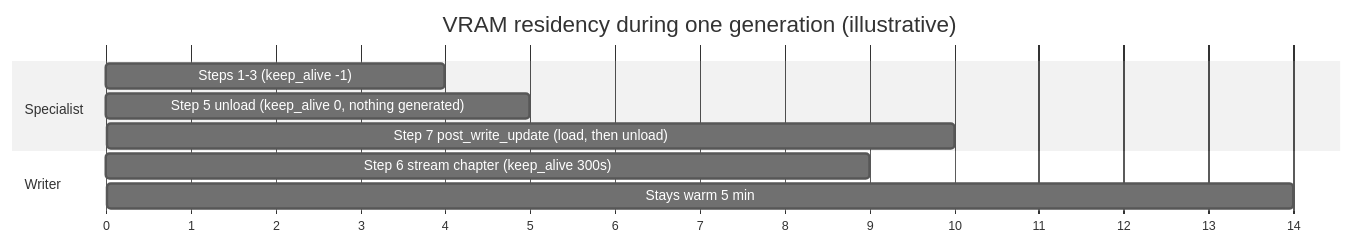
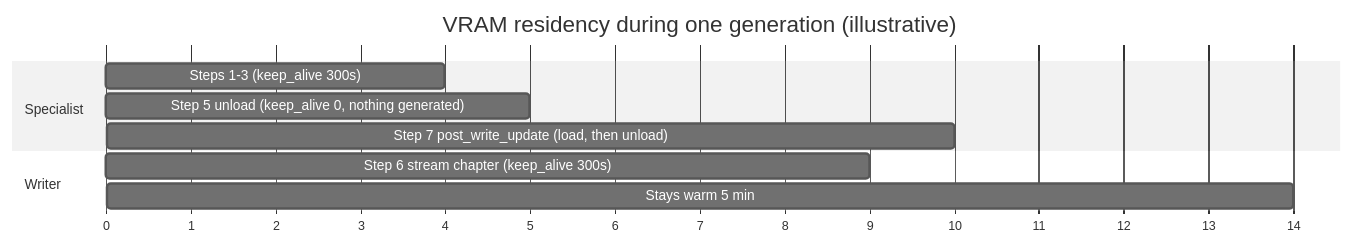
Before and after one commit to Tejasva-Maurya/AI_Writer: the third of 3 diagrams in docs/technical/01-overview-and-architecture.md, drawn with Mermaid (neutral theme). The commit also changed other lines of this file and 17 other files, not shown here.

````diff
--- a/docs/technical/01-overview-and-architecture.md
+++ b/docs/technical/01-overview-and-architecture.md
@@ -146,13 +146,13 @@
 ```mermaid
 gantt
     dateFormat X
     axisFormat %s
     title VRAM residency during one generation (illustrative)
     section Specialist
-    Steps 1-3 (keep_alive -1)        :a1, 0, 4
+    Steps 1-3 (keep_alive 300s)      :a1, 0, 4
     Step 5 unload (keep_alive 0, nothing generated) :a2, 4, 5
     Step 7 post_write_update (load, then unload)  :a3, 9, 10
     section Writer
     Step 6 stream chapter (keep_alive 300s)        :b1, 5, 9
     Stays warm 5 min                                :b2, 9, 14
 ```
````
